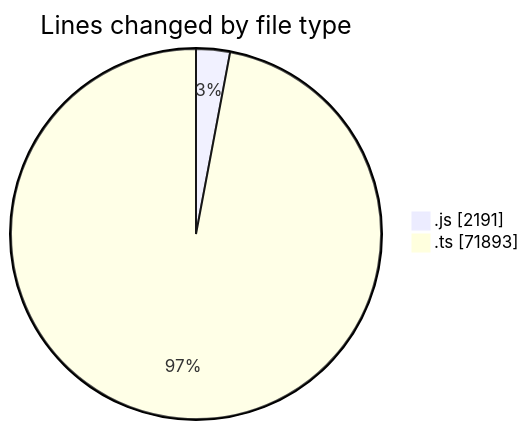
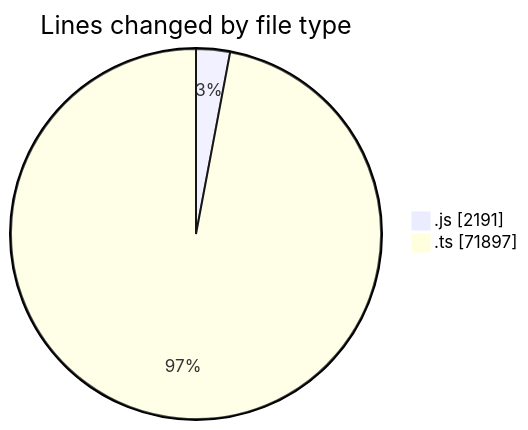
One commit to momahboobian/code-tracking changed the first of 2 diagrams in 2025-06-19/cda/README.md. Above: the diagram before and after it, drawn with Mermaid. The commit also changed other lines of this file and 1 other file, not shown here.

````diff
--- a/2025-06-19/cda/README.md
+++ b/2025-06-19/cda/README.md
@@ -38,6 +38,6 @@
 ```mermaid
 pie showData
 title Lines changed by file type
 ".js" : 2191
-".ts" : 71893
+".ts" : 71897
 ```
````
